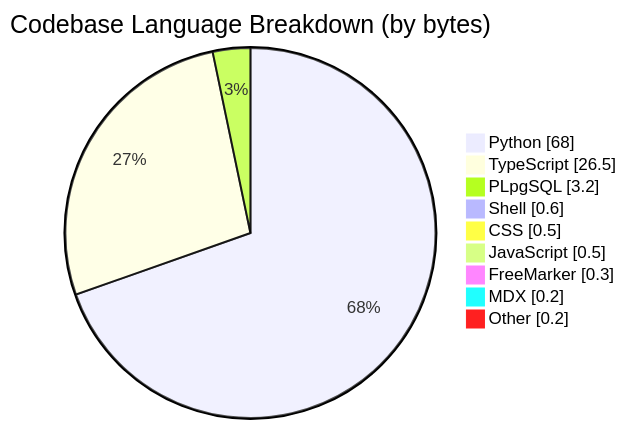
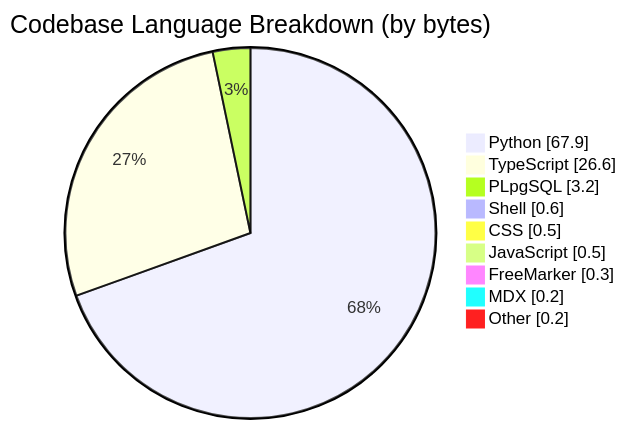
One commit to CSTH-Projects/.github changed the third of 4 diagrams in profile/README.md. Above: the diagram before and after it, drawn with Mermaid. The commit also changed other lines of this file, not shown here.

````diff
--- a/profile/README.md
+++ b/profile/README.md
@@ -63,13 +63,13 @@
 ```mermaid
 pie showData
     title Codebase Language Breakdown (by bytes)
-    "Python" : 68.0
-    "TypeScript" : 26.5
+    "Python" : 67.9
+    "TypeScript" : 26.6
     "PLpgSQL" : 3.2
     "Shell" : 0.6
     "CSS" : 0.5
     "JavaScript" : 0.5
     "FreeMarker" : 0.3
     "MDX" : 0.2
     "Other" : 0.2
 ```
````
